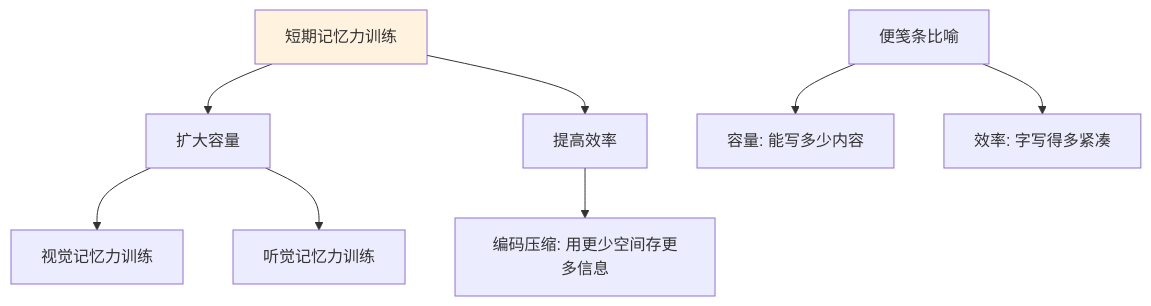
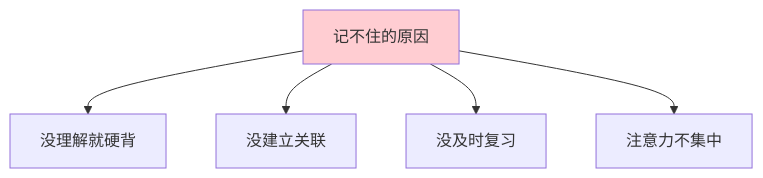
The second of 7 diagrams in 10.打工充平常记录/10.自我精进七课/07.底层思维的训练/7.4记忆能力的训练.md (chongyang211/YCBookBlog), drawn with Mermaid before and after one commit. The commit also changed other lines of this file and 55 other files, not shown here.

````diff
--- a/10.打工充平常记录/10.自我精进七课/07.底层思维的训练/7.4记忆能力的训练.md
+++ b/10.打工充平常记录/10.自我精进七课/07.底层思维的训练/7.4记忆能力的训练.md
@@ -105,11 +73,8 @@
 ```mermaid
 graph TD
-    A[短期记忆力训练] --> B[扩大容量]
-    A --> C[提高效率]
-    B --> B1[视觉记忆力训练]
-    B --> B2[听觉记忆力训练]
-    C --> C1[编码压缩: 用更少空间存更多信息]
-    D[便笺条比喻] --> D1[容量: 能写多少内容]
-    D --> D2[效率: 字写得多紧凑]
-    style A fill:#fff3e0
+    A[记不住的原因] --> B[没理解就硬背]
+    A --> C[没建立关联]
+    A --> D[没及时复习]
+    A --> E[注意力不集中]
+    style A fill:#ffcdd2
 ```
````
